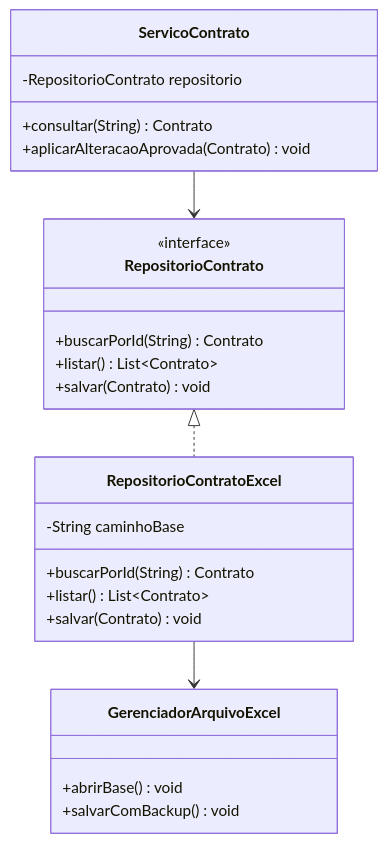
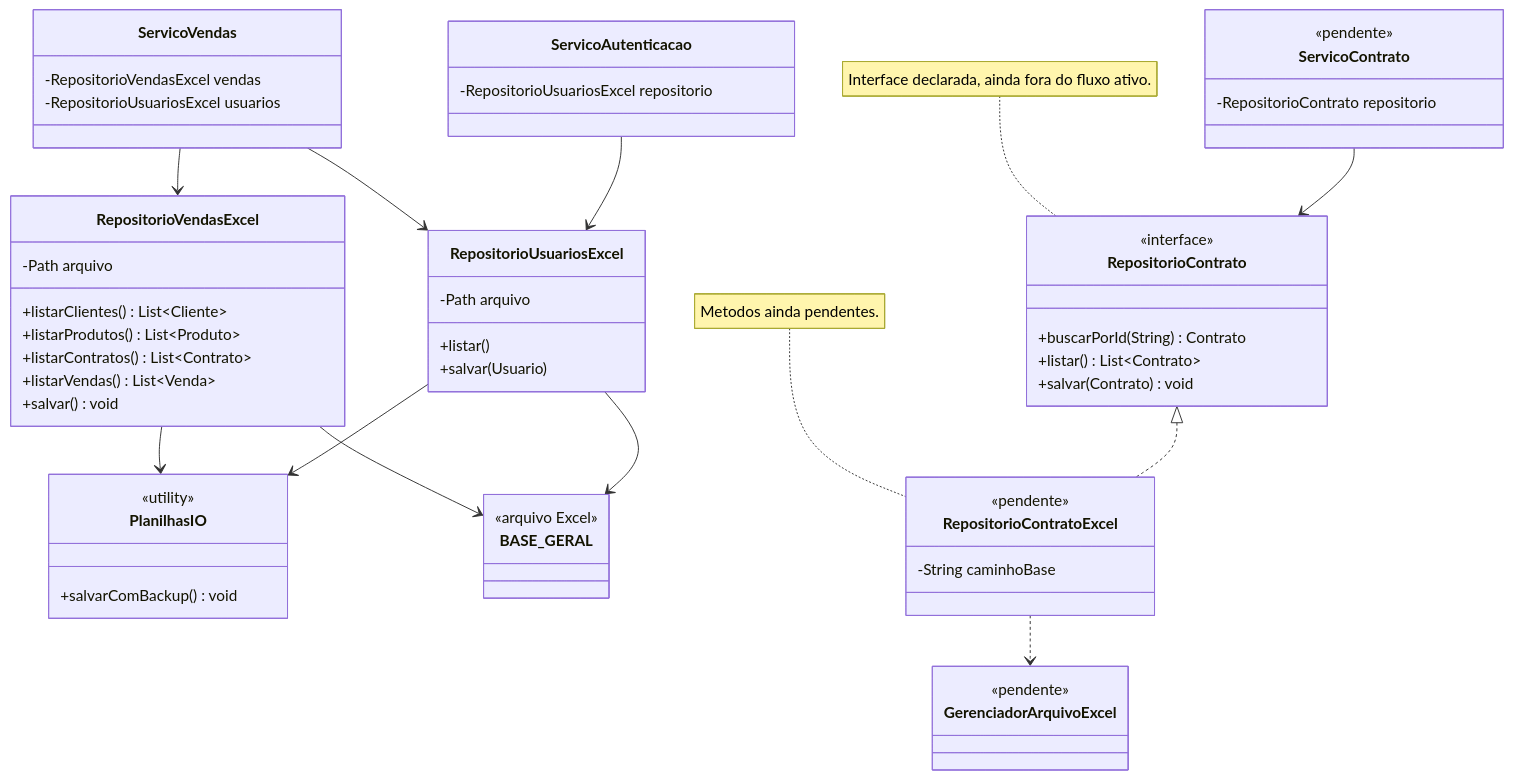
The diagram in docs/diagramas/08-armazenamento-substituivel.mmd (JeffersonDeylane/LP2---sistema-de-vendas), drawn with Mermaid before and after one commit. The commit also changed 165 other files, not shown here.

Commit message:
criação das classes seguindo o diagrama decidido (ainda com o código pendente)

```diff
--- a/docs/diagramas/08-armazenamento-substituivel.mmd
+++ b/docs/diagramas/08-armazenamento-substituivel.mmd
@@ -1,25 +1,60 @@
 classDiagram
+    class ServicoVendas {
+        -RepositorioVendasExcel vendas
+        -RepositorioUsuariosExcel usuarios
+    }
+    class ServicoAutenticacao {
+        -RepositorioUsuariosExcel repositorio
+    }
+    class RepositorioVendasExcel {
+        -Path arquivo
+        +listarClientes() List~Cliente~
+        +listarProdutos() List~Produto~
+        +listarContratos() List~Contrato~
+        +listarVendas() List~Venda~
+        +salvar() void
+    }
+    class RepositorioUsuariosExcel {
+        -Path arquivo
+        +listar()
+        +salvar(Usuario)
+    }
+    class PlanilhasIO {
+        <<utility>>
+        +salvarComBackup() void
+    }
+    class BASE_GERAL {
+        <<arquivo Excel>>
+    }
+
+    ServicoVendas --> RepositorioVendasExcel
+    ServicoVendas --> RepositorioUsuariosExcel
+    ServicoAutenticacao --> RepositorioUsuariosExcel
+    RepositorioVendasExcel --> PlanilhasIO
+    RepositorioUsuariosExcel --> PlanilhasIO
+    RepositorioVendasExcel --> BASE_GERAL
+    RepositorioUsuariosExcel --> BASE_GERAL
+
     class RepositorioContrato {
         <<interface>>
         +buscarPorId(String) Contrato
         +listar() List~Contrato~
         +salvar(Contrato) void
     }
     class RepositorioContratoExcel {
+        <<pendente>>
         -String caminhoBase
-        +buscarPorId(String) Contrato
-        +listar() List~Contrato~
-        +salvar(Contrato) void
     }
     class ServicoContrato {
+        <<pendente>>
         -RepositorioContrato repositorio
-        +consultar(String) Contrato
-        +aplicarAlteracaoAprovada(Contrato) void
     }
     class GerenciadorArquivoExcel {
-        +abrirBase() void
-        +salvarComBackup() void
+        <<pendente>>
     }
     RepositorioContrato <|.. RepositorioContratoExcel
     ServicoContrato --> RepositorioContrato
-    RepositorioContratoExcel --> GerenciadorArquivoExcel
+    RepositorioContratoExcel ..> GerenciadorArquivoExcel
+
+    note for RepositorioContrato "Interface declarada, ainda fora do fluxo ativo."
+    note for RepositorioContratoExcel "Metodos ainda pendentes."
```
